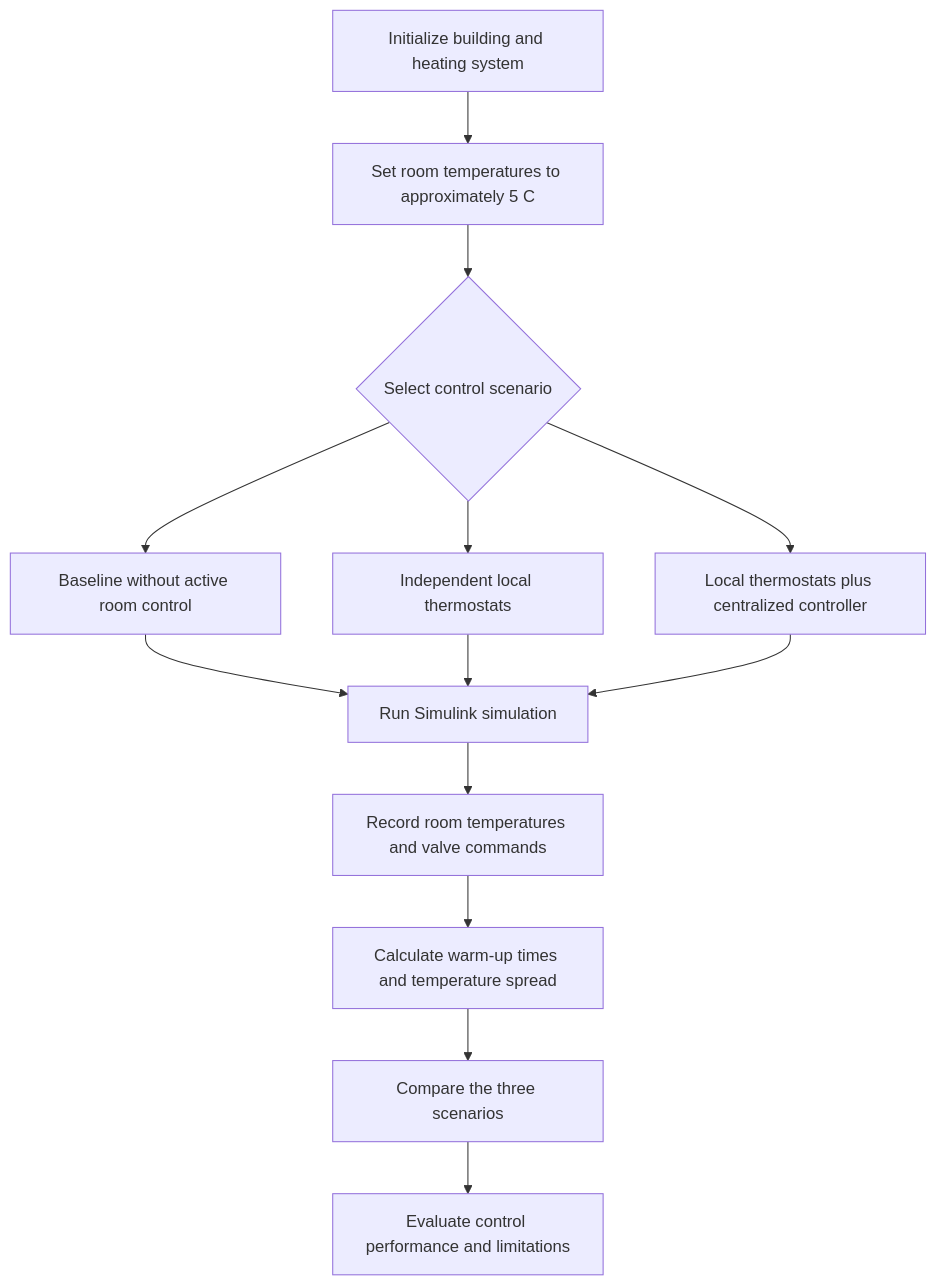
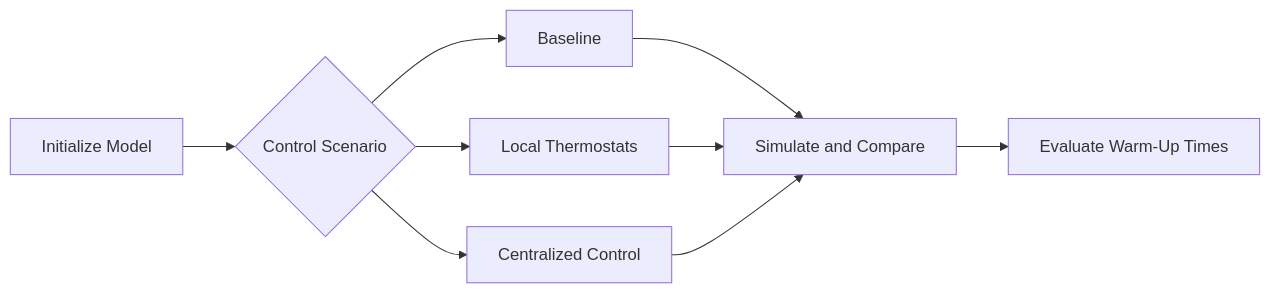
The diagram in README.md (AsherFerdinand/SimulinkMATLAB-dynamic-hydronic-balancing-simulation), drawn with Mermaid before and after one commit.

Commit message:
Revise flowchart for control scenarios
Updated flowchart to simplify control scenarios and evaluation steps.

````diff
--- a/README.md
+++ b/README.md
@@ -103,15 +103,13 @@
 ```mermaid
-flowchart TD
-    A[Initialize building and heating system] --> B[Set room temperatures to approximately 5 C]
-    B --> C{Select control scenario}
-    C --> D[Baseline without active room control]
-    C --> E[Independent local thermostats]
-    C --> F[Local thermostats plus centralized controller]
-    D --> G[Run Simulink simulation]
-    E --> G
-    F --> G
-    G --> H[Record room temperatures and valve commands]
-    H --> I[Calculate warm-up times and temperature spread]
-    I --> J[Compare the three scenarios]
-    J --> K[Evaluate control performance and limitations]
+
+flowchart LR
+    A[Initialize Model] --> B{Control Scenario}
+    B --> C[Baseline]
+    B --> D[Local Thermostats]
+    B --> E[Centralized Control]
+    C --> F[Simulate and Compare]
+    D --> F
+    E --> F
+    F --> G[Evaluate Warm-Up Times]
+
 ```
````
